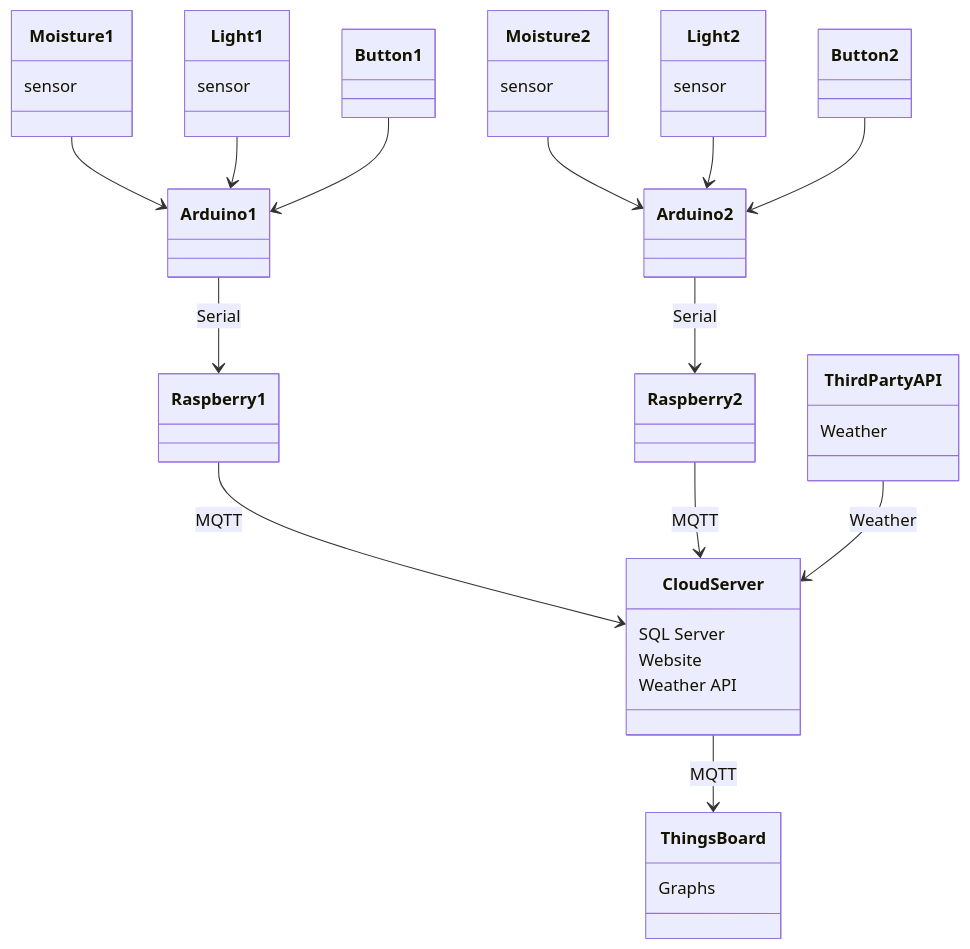
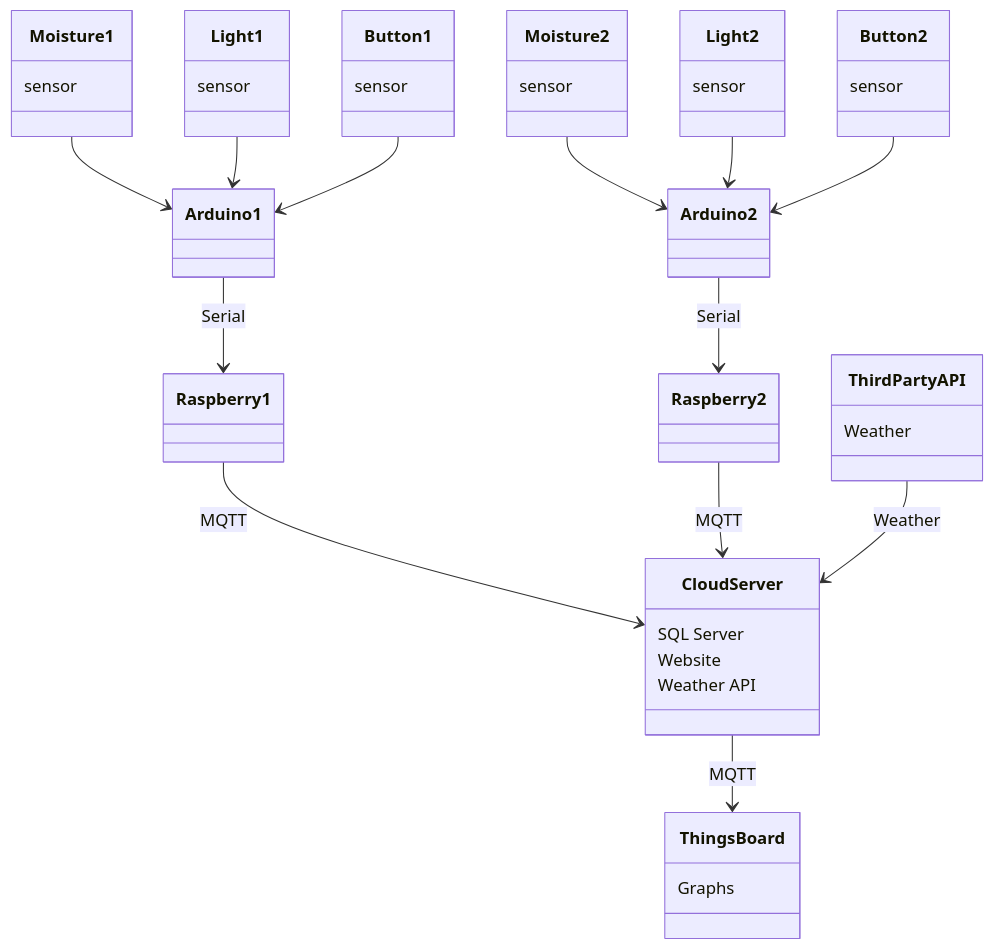
One commit to jag3rm3ist3r/GroupAssignment changed the diagram in README.md. Above: the diagram before and after it, drawn with Mermaid.

Commit message:
Update README.md
The buttons are digital sensors

````diff
--- a/README.md
+++ b/README.md
@@ -3,42 +3,44 @@
 ```mermaid
 classDiagram
 
 class ThingsBoard
 class Raspberry1
 class Raspberry2
 class Arduino1
 class Arduino2
 class CloudServer
 class Moisture1
 class Moisture2
 class Light1
 class Light2
 class Button1
 class Button2
 class ThirdPartyAPI
 
 Moisture1 : sensor
 Moisture2 : sensor
 Light1 : sensor
 Light2 : sensor
+Button1 : sensor
+Button 2 : sensor
 CloudServer : SQL Server
 CloudServer : Website
 CloudServer : Weather API
 ThirdPartyAPI : Weather
 ThingsBoard : Graphs
 
 Moisture1 --> Arduino1
 Moisture2 --> Arduino2
 Light1 --> Arduino1
 Light2 --> Arduino2
 Button1 --> Arduino1
 Button2 --> Arduino2
 
 Arduino1 --> Raspberry1 : Serial
 Arduino2 --> Raspberry2 : Serial
 Raspberry1 --> CloudServer : MQTT
 Raspberry2 --> CloudServer : MQTT
 ThirdPartyAPI --> CloudServer : Weather
 CloudServer --> ThingsBoard : MQTT
 
 ```
````
